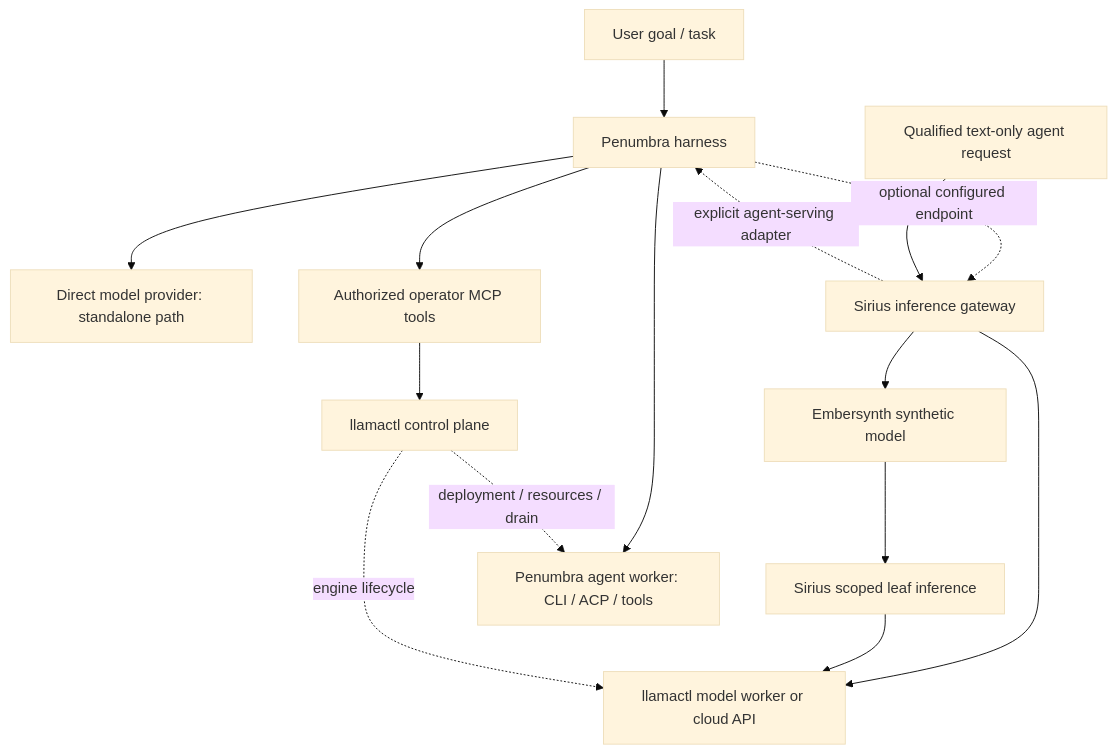
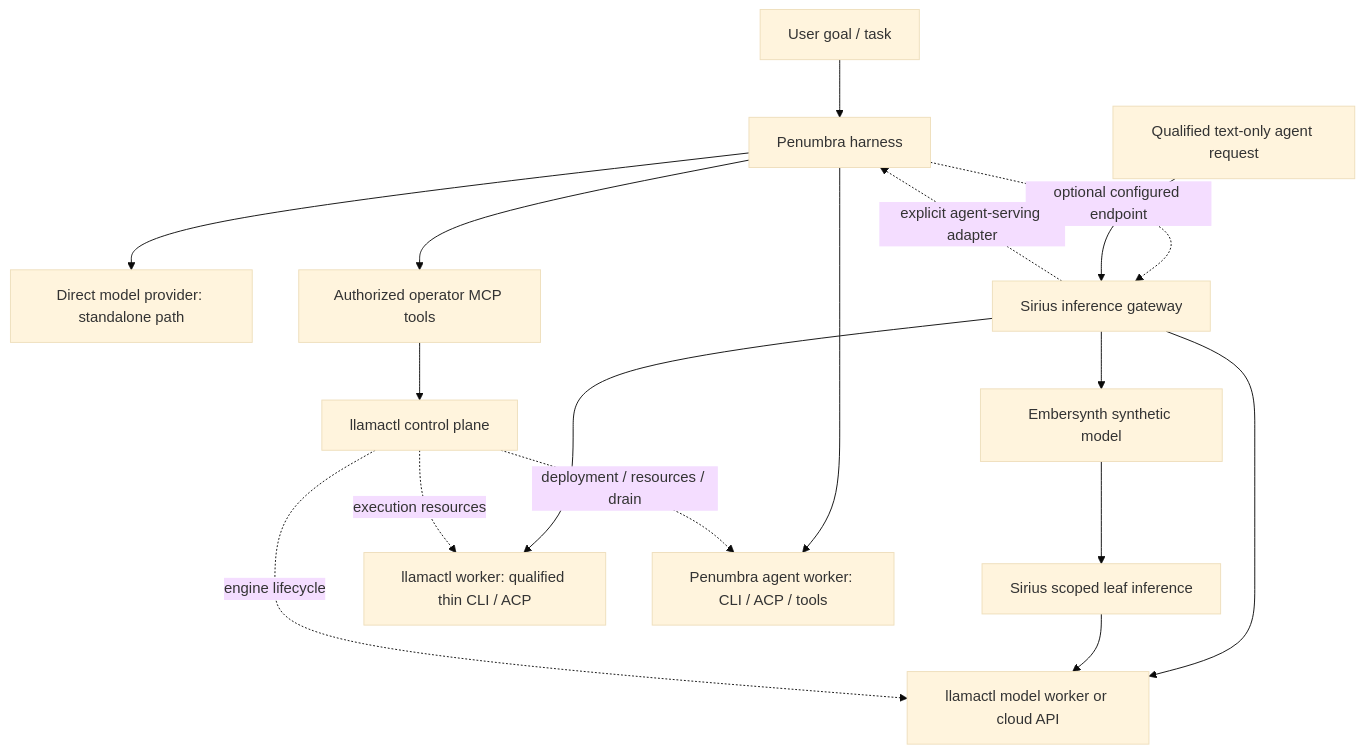
The diagram in docs/specs/2026-09-24-penumbra-agentic-harness-reuse.md (frozename/llamactl), drawn with Mermaid (base theme) before and after one commit. The commit also changed other lines of this file and 4 other files, not shown here.

````diff
--- a/docs/specs/2026-09-24-penumbra-agentic-harness-reuse.md
+++ b/docs/specs/2026-09-24-penumbra-agentic-harness-reuse.md
@@ -31,17 +54,19 @@
 ```mermaid
 flowchart TB
   U[User goal / task] --> P[Penumbra harness]
   P --> D[Direct model provider: standalone path]
   P -. optional configured endpoint .-> S[Sirius inference gateway]
   S --> E[Embersynth synthetic model]
   E --> I[Sirius scoped leaf inference]
   S --> M[llamactl model worker or cloud API]
   I --> M
+  S --> X[llamactl worker: qualified thin CLI / ACP]
+  L -. execution resources .-> X
   P --> A[Penumbra agent worker: CLI / ACP / tools]
   P --> O[Authorized operator MCP tools]
   O --> L[llamactl control plane]
   L -. deployment / resources / drain .-> A
   L -. engine lifecycle .-> M
   C[Qualified text-only agent request] --> S
   S -. explicit agent-serving adapter .-> P
 ```
````
